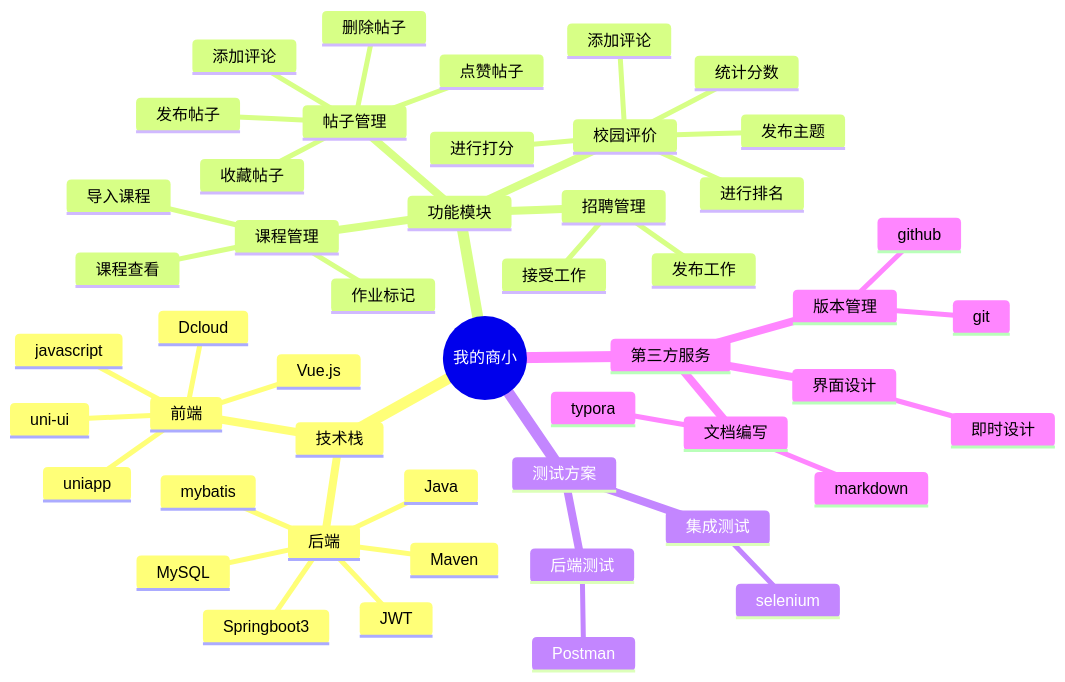
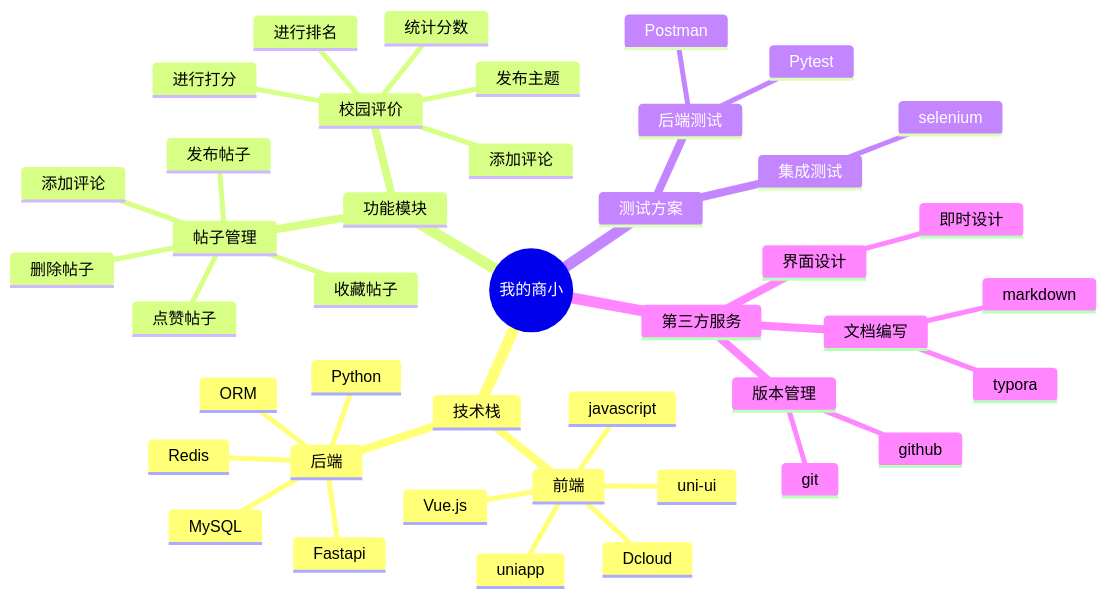
One commit to Fourffffff/docs changed the first of 2 diagrams in README.md. Above: the diagram before and after it, drawn with Mermaid. The commit also changed 1 other file, not shown here.

````diff
--- a/README.md
+++ b/README.md
@@ -22,52 +22,46 @@
 ```mermaid
 mindmap
 	root((我的商小))
 		技术栈
 			前端
 				uniapp
 				Vue.js
 				uni-ui
 				javascript
 				Dcloud
 			后端
-				Java
-				Springboot3
+				Python
+				Fastapi
 				MySQL
-				Maven
-				mybatis
-				JWT
+				Redis
+				ORM
 		功能模块
 			帖子管理
 				发布帖子
 				点赞帖子
 				收藏帖子
 				删除帖子
 				添加评论
 			校园评价
 				发布主题
 				进行打分
 				统计分数
 				进行排名
 				添加评论
-			课程管理
-				导入课程
-				课程查看
-				作业标记
-			招聘管理
-				发布工作
-				接受工作
+			
 		测试方案
 			后端测试
 				Postman
+				Pytest
 			集成测试
 				selenium
 		第三方服务
 			界面设计
 				即时设计
 			文档编写
 				markdown
 				typora
 			版本管理
 				git
 				github
 ```
````
